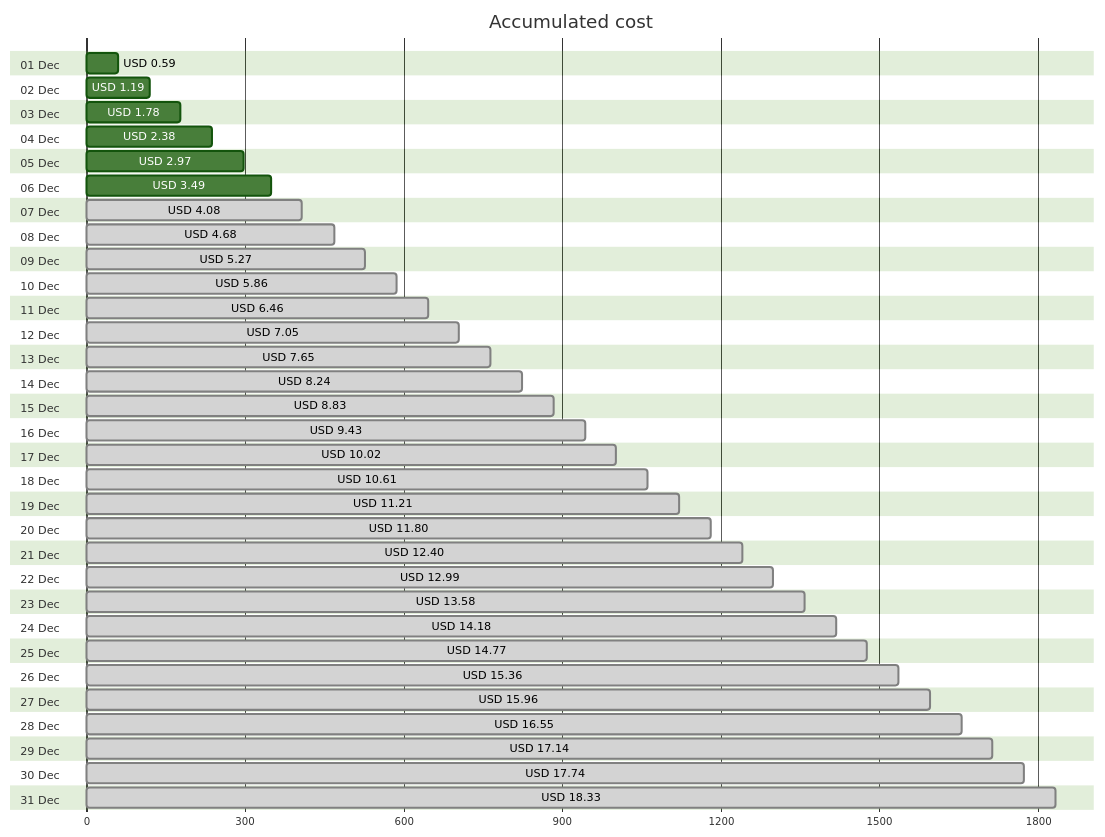
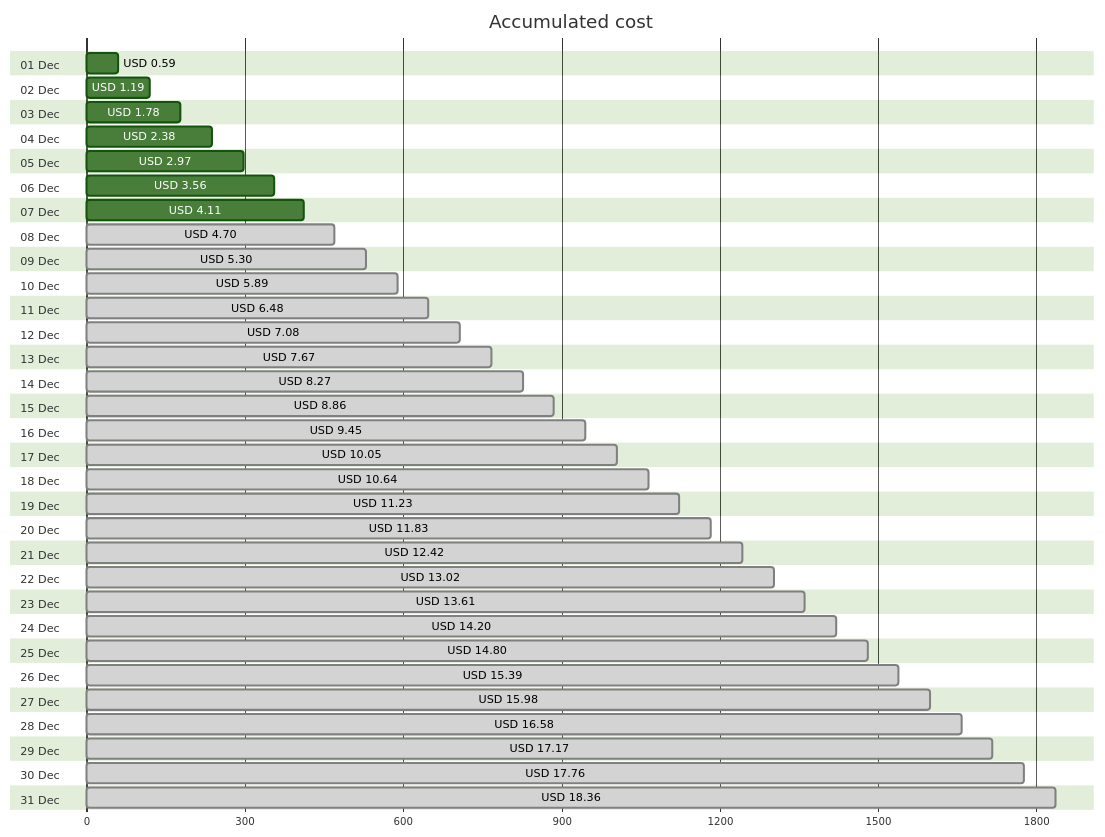
One commit to jpfulton/azure-personal-reports changed the first of 4 diagrams in cost-reports/personal-site/README.md. Above: the diagram before and after it, drawn with Mermaid (forest theme). The commit also changed other lines of this file and 6 other files, not shown here.

````diff
--- a/cost-reports/personal-site/README.md
+++ b/cost-reports/personal-site/README.md
@@ -20,68 +20,68 @@
 ```mermaid
 gantt
    title Accumulated cost
    dateFormat  X
    axisFormat %s
    section 01 Dec
    USD 0.59 :0, 59
    section 02 Dec
    USD 1.19 :0, 119
    section 03 Dec
    USD 1.78 :0, 178
    section 04 Dec
    USD 2.38 :0, 238
    section 05 Dec
    USD 2.97 :0, 297
    section 06 Dec
-   USD 3.49 :0, 349
+   USD 3.56 :0, 356
    section 07 Dec
-   USD 4.08 : done, 0, 408
+   USD 4.11 :0, 411
    section 08 Dec
-   USD 4.68 : done, 0, 468
+   USD 4.70 : done, 0, 470
    section 09 Dec
-   USD 5.27 : done, 0, 527
+   USD 5.30 : done, 0, 530
    section 10 Dec
-   USD 5.86 : done, 0, 586
+   USD 5.89 : done, 0, 589
    section 11 Dec
-   USD 6.46 : done, 0, 646
+   USD 6.48 : done, 0, 648
    section 12 Dec
-   USD 7.05 : done, 0, 705
+   USD 7.08 : done, 0, 708
    section 13 Dec
-   USD 7.65 : done, 0, 765
+   USD 7.67 : done, 0, 767
    section 14 Dec
-   USD 8.24 : done, 0, 824
+   USD 8.27 : done, 0, 827
    section 15 Dec
-   USD 8.83 : done, 0, 883
+   USD 8.86 : done, 0, 886
    section 16 Dec
-   USD 9.43 : done, 0, 943
+   USD 9.45 : done, 0, 945
    section 17 Dec
-   USD 10.02 : done, 0, 1002
+   USD 10.05 : done, 0, 1005
    section 18 Dec
-   USD 10.61 : done, 0, 1061
+   USD 10.64 : done, 0, 1064
    section 19 Dec
-   USD 11.21 : done, 0, 1121
+   USD 11.23 : done, 0, 1123
    section 20 Dec
-   USD 11.80 : done, 0, 1180
+   USD 11.83 : done, 0, 1183
    section 21 Dec
-   USD 12.40 : done, 0, 1240
+   USD 12.42 : done, 0, 1242
    section 22 Dec
-   USD 12.99 : done, 0, 1299
+   USD 13.02 : done, 0, 1302
    section 23 Dec
-   USD 13.58 : done, 0, 1358
+   USD 13.61 : done, 0, 1361
    section 24 Dec
-   USD 14.18 : done, 0, 1418
+   USD 14.20 : done, 0, 1420
    section 25 Dec
-   USD 14.77 : done, 0, 1477
+   USD 14.80 : done, 0, 1480
    section 26 Dec
-   USD 15.36 : done, 0, 1536
+   USD 15.39 : done, 0, 1539
    section 27 Dec
-   USD 15.96 : done, 0, 1596
+   USD 15.98 : done, 0, 1598
    section 28 Dec
-   USD 16.55 : done, 0, 1655
+   USD 16.58 : done, 0, 1658
    section 29 Dec
-   USD 17.14 : done, 0, 1714
+   USD 17.17 : done, 0, 1717
    section 30 Dec
-   USD 17.74 : done, 0, 1774
+   USD 17.76 : done, 0, 1776
    section 31 Dec
-   USD 18.33 : done, 0, 1833
+   USD 18.36 : done, 0, 1836
 ```
````
